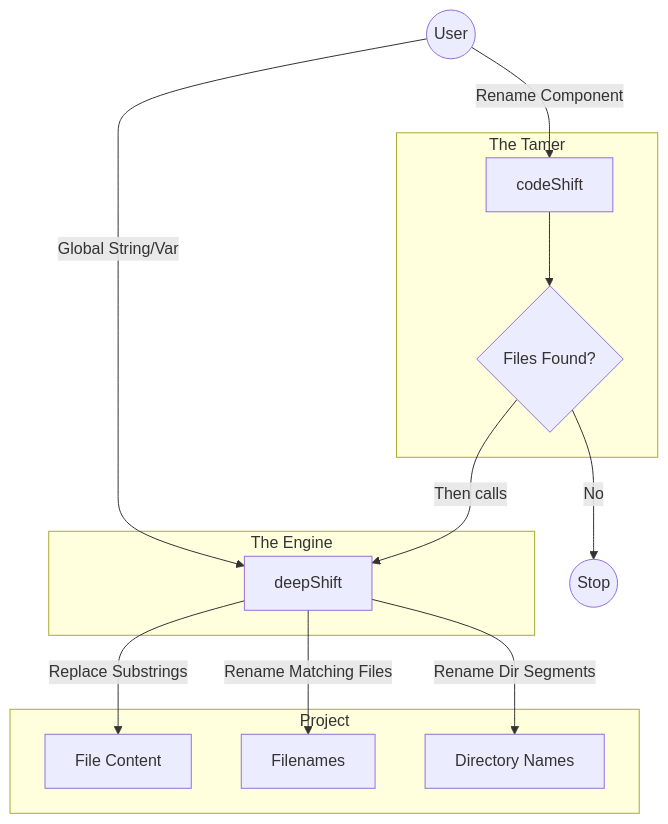
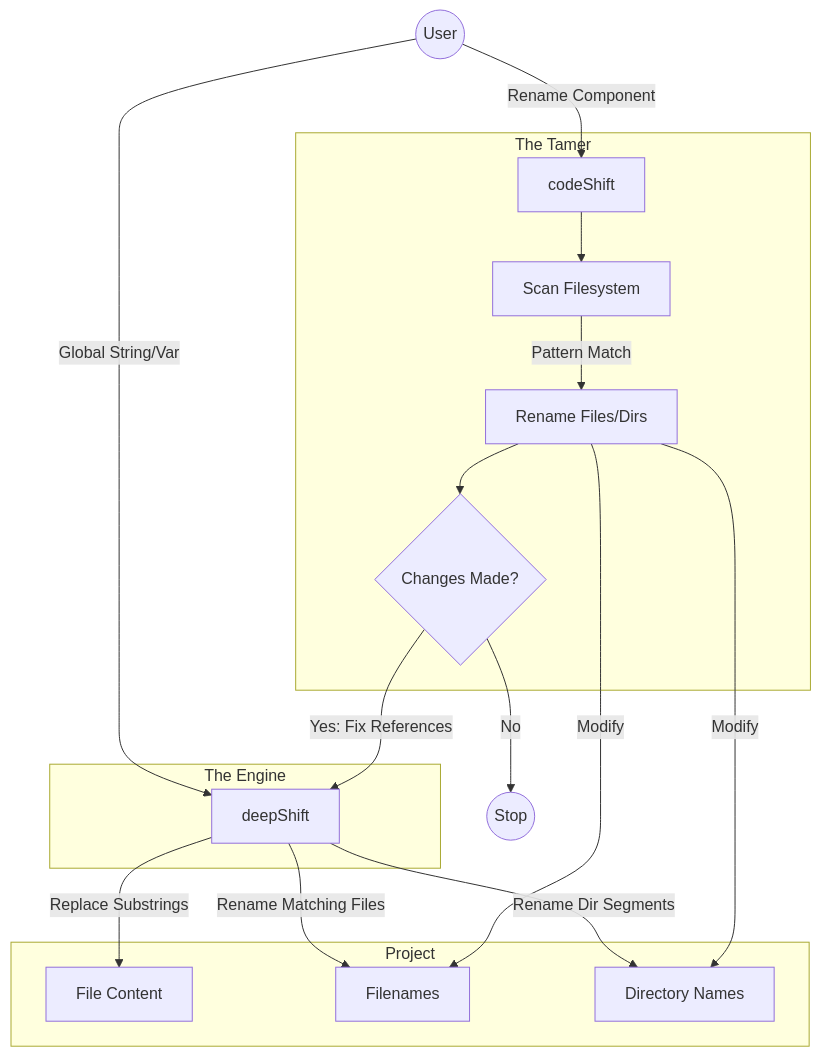
The diagram in README.md (311ecode/deepShift), drawn with Mermaid before and after one commit. The commit also changed other lines of this file, not shown here.

Commit message:
Update DeepShift documentation with improved architecture flow and terminology
uuid-stamp: 9c236065-dec2-4a9d-b076-ee7575748f36

````diff
--- a/README.md
+++ b/README.md
@@ -54,31 +54,39 @@
 ```mermaid
 graph TD
     User((User))
     
     subgraph "The Engine"
         DS[deepShift]
     end
     
     subgraph "The Tamer"
         CS[codeShift]
-        Condition{Files Found?}
+        Scan[Scan Filesystem]
+        Rename[Rename Files/Dirs]
+        Check{Changes Made?}
     end
 
     subgraph Project
         Txt[File Content]
         Files[Filenames]
         Dirs[Directory Names]
     end
 
     %% deepShift Path (Direct)
     User -->|Global String/Var| DS
     DS -- "Replace Substrings" --> Txt
     DS -- "Rename Matching Files" --> Files
     DS -- "Rename Dir Segments" --> Dirs
 
     %% codeShift Path (Targeted)
     User -->|Rename Component| CS
-    CS --> Condition
-    Condition -- Then calls --> DS
-    Condition -- No --> Stop((Stop))
+    CS --> Scan
+    Scan -- "Pattern Match" --> Rename
+    Rename -- "Modify" --> Files
+    Rename -- "Modify" --> Dirs
+    Rename --> Check
+    
+    %% The Handoff
+    Check -- Yes: Fix References --> DS
+    Check -- No --> Stop((Stop))
 ```
````
